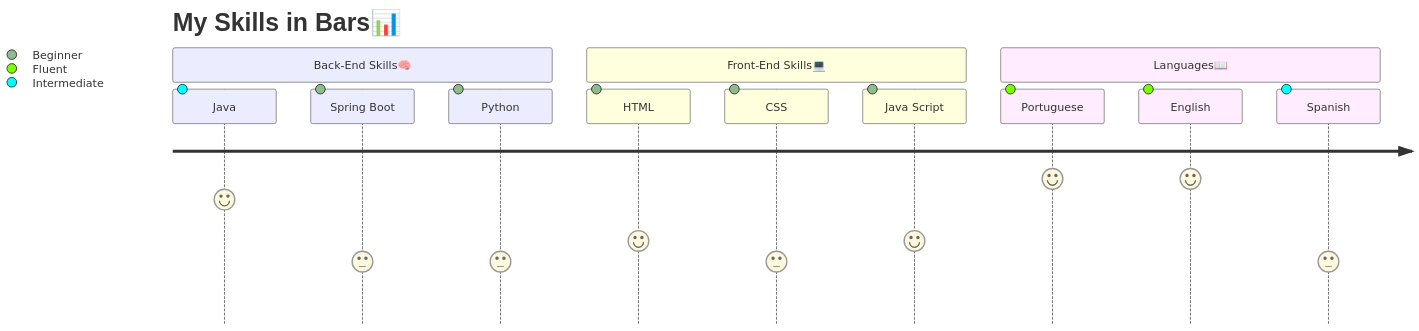
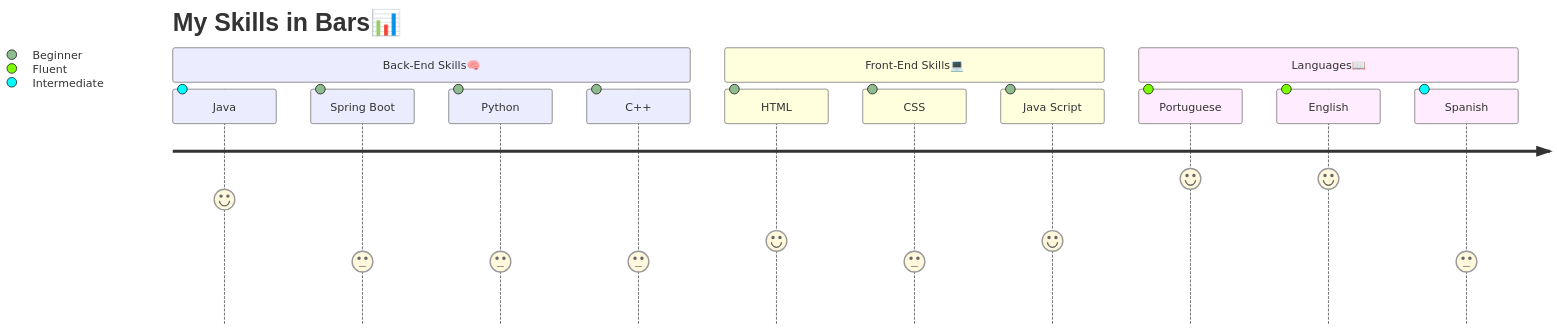
One commit to Breno-M-G/see-my-resume changed the second of 2 diagrams in README.md. Above: the diagram before and after it, drawn with Mermaid. The commit also changed other lines of this file, not shown here.

````diff
--- a/README.md
+++ b/README.md
@@ -43,16 +52,17 @@
 ``` mermaid
 journey
     title My Skills in Bars📊
      section Back-End Skills🧠
       Java: 6: Intermediate
       Spring Boot: 3: Beginner 
       Python: 3 : Beginner
+      C++: 3: Beginner
     section Front-End Skills💻
       HTML: 4: Beginner
       CSS: 3: Beginner
       Java Script: 4: Beginner
     section Languages📖
         Portuguese:7 : Fluent
         English: 7 : Fluent
         Spanish: 3: Intermediate
 ```
````
